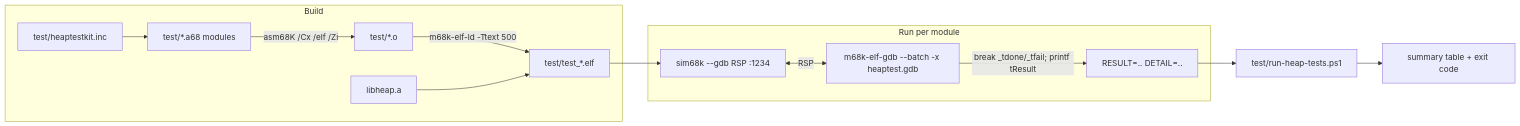
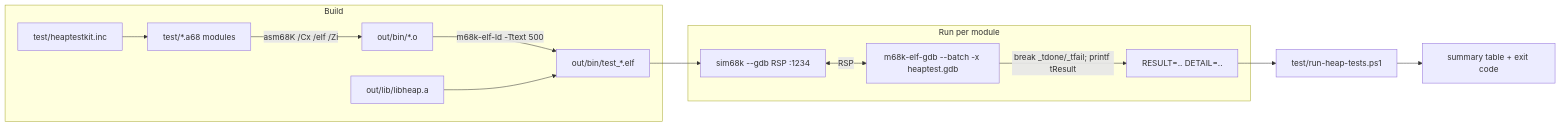
Before and after one commit to dougdu/heap68k: the diagram in docs/HEAP_TEST_SUITE_DESIGN.md, drawn with Mermaid. The commit also changed other lines of this file and 7 other files, not shown here.

````diff
--- a/docs/HEAP_TEST_SUITE_DESIGN.md
+++ b/docs/HEAP_TEST_SUITE_DESIGN.md
@@ -161,16 +162,16 @@
 ```mermaid
 flowchart LR
     subgraph Build
-        A[test/*.a68 modules] -->|asm68K /Cx /elf /Zi| B[test/*.o]
+        A[test/*.a68 modules] -->|asm68K /Cx /elf /Zi| B[out/bin/*.o]
         K[test/heaptestkit.inc] --> A
-        B -->|m68k-elf-ld -Ttext 500| C[test/test_*.elf]
-        L[libheap.a] --> C
+        B -->|m68k-elf-ld -Ttext 500| C[out/bin/test_*.elf]
+        L[out/lib/libheap.a] --> C
     end
     subgraph Run per module
         C --> D[sim68k --gdb  RSP :1234]
         D <-->|RSP| E[m68k-elf-gdb --batch -x heaptest.gdb]
         E -->|break _tdone/_tfail; printf tResult| F[RESULT=.. DETAIL=..]
     end
     F --> G[test/run-heap-tests.ps1]
     G --> H[summary table + exit code]
 ```
````
